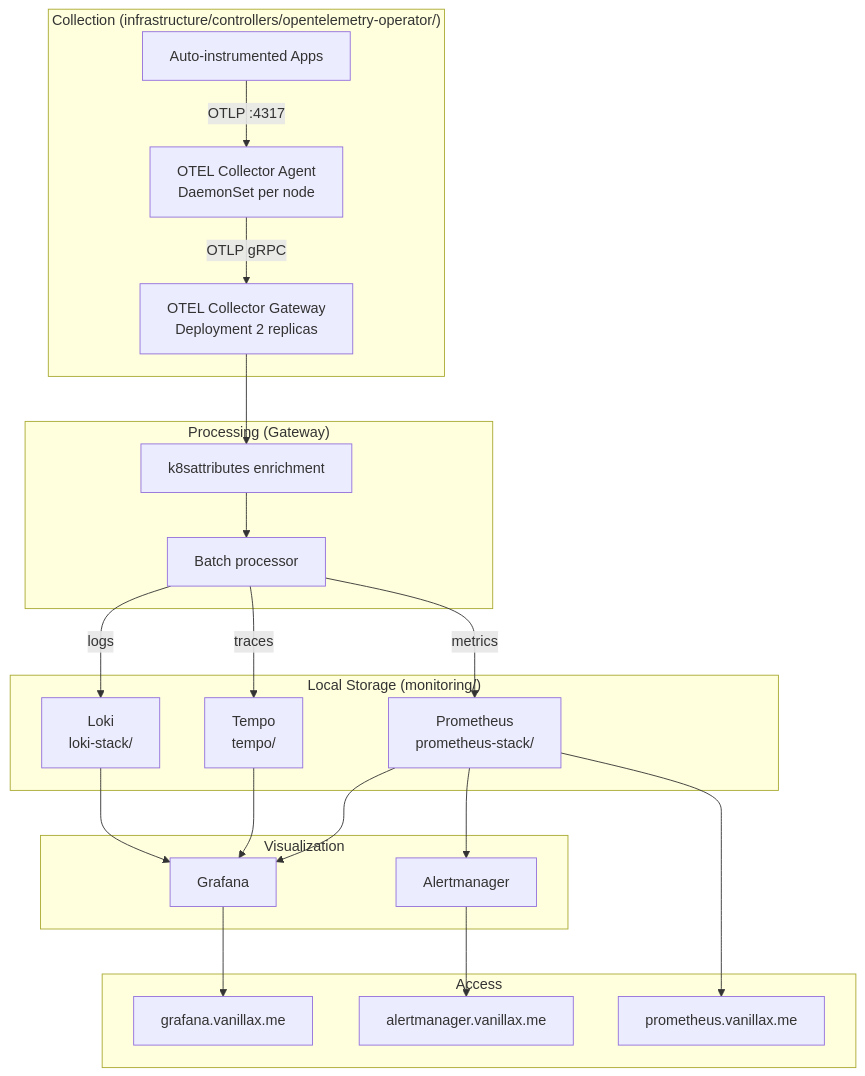
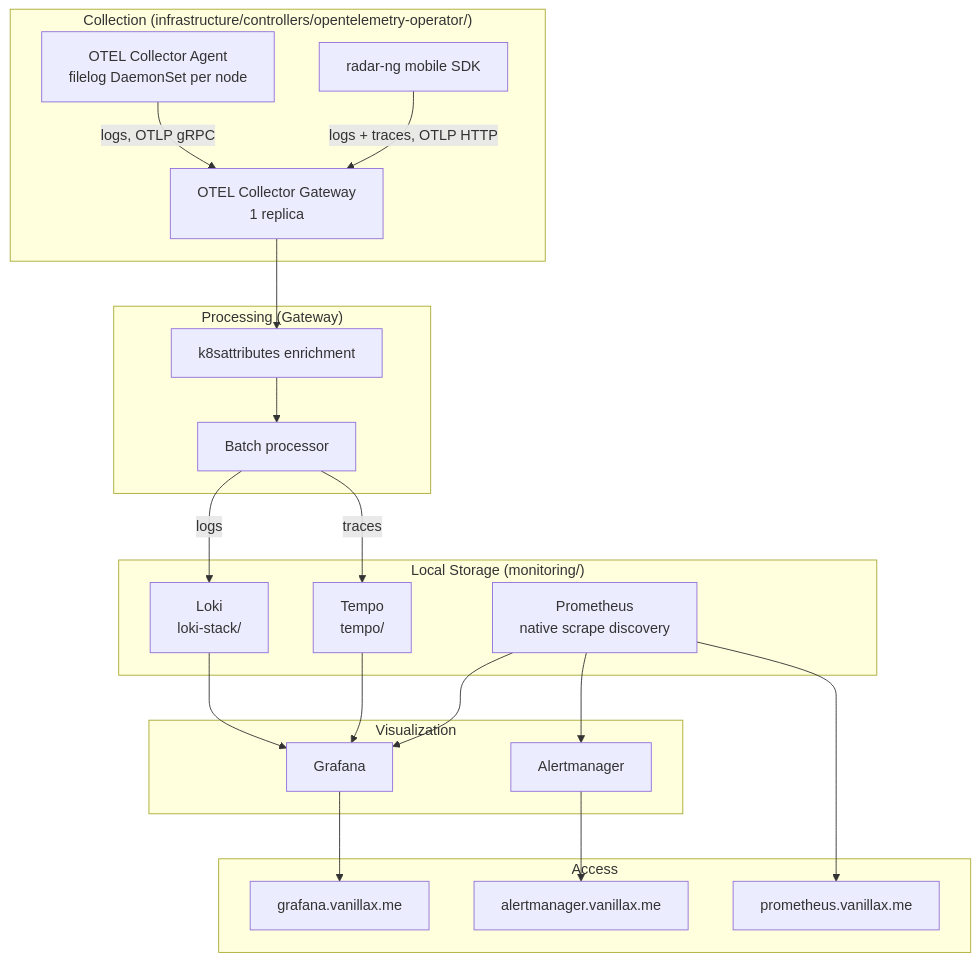
One commit to mitchross/talos-argocd-proxmox changed the diagram in monitoring/README.md. Above: the diagram before and after it, drawn with Mermaid. The commit also changed other lines of this file and 26 other files, not shown here.

````diff
--- a/monitoring/README.md
+++ b/monitoring/README.md
@@ -9,31 +9,31 @@
 ```mermaid
 graph TB
     subgraph "Collection (infrastructure/controllers/opentelemetry-operator/)"
-        A[OTEL Collector Agent<br/>DaemonSet per node] -->|OTLP gRPC| B[OTEL Collector Gateway<br/>Deployment 2 replicas]
-        C[Auto-instrumented Apps] -->|OTLP :4317| A
+        A[OTEL Collector Agent<br/>filelog DaemonSet per node] -->|logs, OTLP gRPC| B[OTEL Collector Gateway<br/>1 replica]
+        C[radar-ng mobile SDK] -->|logs + traces, OTLP HTTP| B
     end
 
     subgraph "Processing (Gateway)"
         B --> D[k8sattributes enrichment]
         D --> E[Batch processor]
     end
 
     subgraph "Local Storage (monitoring/)"
         E -->|logs| F[Loki<br/>loki-stack/]
         E -->|traces| G[Tempo<br/>tempo/]
-        E -->|metrics| H[Prometheus<br/>prometheus-stack/]
+        H[Prometheus<br/>native scrape discovery]
     end
 
     subgraph "Visualization"
         F --> J[Grafana]
         G --> J
         H --> J
         H --> K[Alertmanager]
     end
 
     subgraph "Access"
         J --> L[grafana.vanillax.me]
         H --> M[prometheus.vanillax.me]
         K --> N[alertmanager.vanillax.me]
     end
 ```
````
